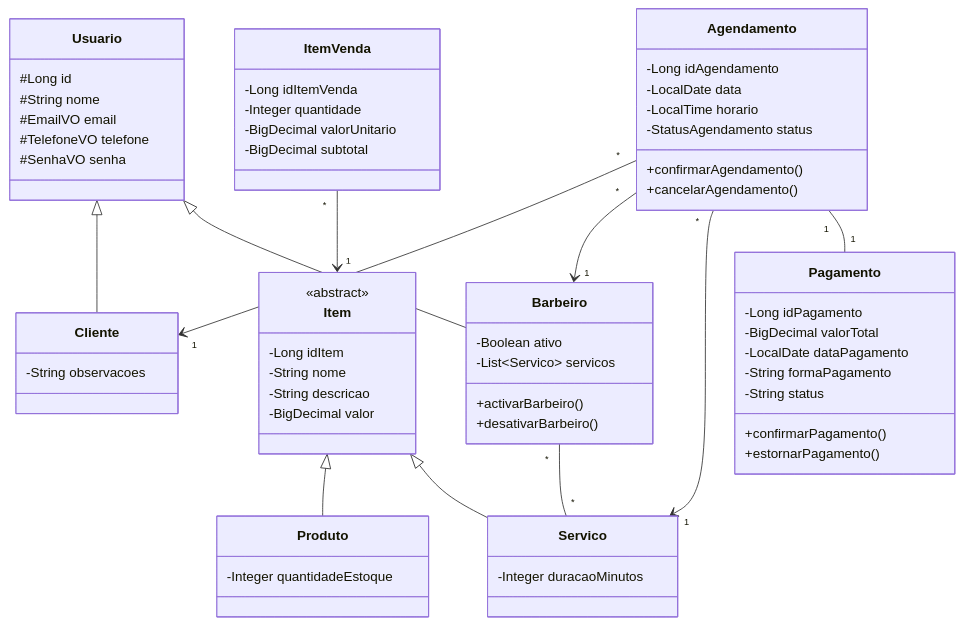
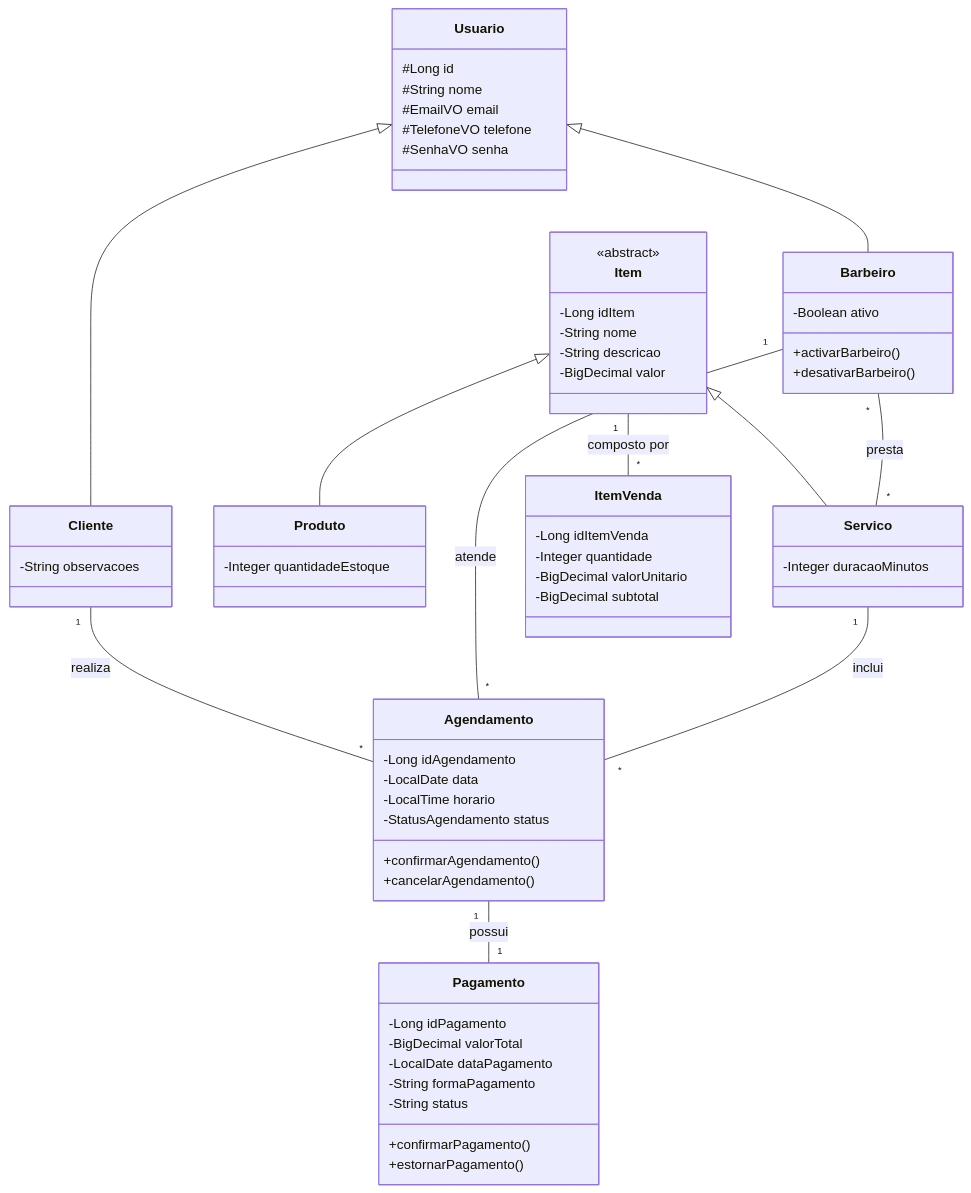
The first of 2 diagrams in README.md (renannunesds/barbearia-api), drawn with Mermaid before and after one commit. The commit also changed other lines of this file, not shown here.

````diff
--- a/README.md
+++ b/README.md
@@ -66,72 +66,77 @@
 ```mermaid
 
 classDiagram
+    direction TB
+
+    %% Entidades de Usuário
     class Usuario {
         #Long id
         #String nome
         #EmailVO email
         #TelefoneVO telefone
         #SenhaVO senha
     }
     class Cliente {
         -String observacoes
     }
     class Barbeiro {
         -Boolean ativo
-        -List~Servico~ servicos
         +activarBarbeiro()
         +desativarBarbeiro()
     }
-    Usuario <|-- Cliente
-    Usuario <|-- Barbeiro
 
+    %% Entidades de Catálogo
     class Item {
         <<abstract>>
         -Long idItem
         -String nome
         -String descricao
         -BigDecimal valor
     }
     class Produto {
         -Integer quantidadeEstoque
     }
     class Servico {
         -Integer duracaoMinutos
     }
-    Item <|-- Produto
-    Item <|-- Servico
 
+    %% Entidades Operacionais
     class Agendamento {
         -Long idAgendamento
         -LocalDate data
         -LocalTime horario
         -StatusAgendamento status
         +confirmarAgendamento()
         +cancelarAgendamento()
     }
-
     class Pagamento {
         -Long idPagamento
         -BigDecimal valorTotal
         -LocalDate dataPagamento
         -String formaPagamento
         -String status
         +confirmarPagamento()
         +estornarPagamento()
     }
-
     class ItemVenda {
         -Long idItemVenda
         -Integer quantidade
         -BigDecimal valorUnitario
         -BigDecimal subtotal
     }
 
-    Agendamento "*" --> "1" Cliente
-    Agendamento "*" --> "1" Barbeiro
-    Agendamento "*" --> "1" Servico
-    Agendamento "1" -- "1" Pagamento
-    Barbeiro "*" -- "*" Servico
-    ItemVenda "*" --> "1" Item
+    %% Heranças
+    Usuario <|-- Cliente
+    Usuario <|-- Barbeiro
+    Item <|-- Produto
+    Item <|-- Servico
+
+    %% Relacionamentos
+    Cliente "1" -- "*" Agendamento : realiza
+    Barbeiro "1" -- "*" Agendamento : atende
+    Servico "1" -- "*" Agendamento : inclui
+    Agendamento "1" -- "1" Pagamento : possui
+    Barbeiro "*" -- "*" Servico : presta
+    Item "1" -- "*" ItemVenda : composto por
 
 ```
````
